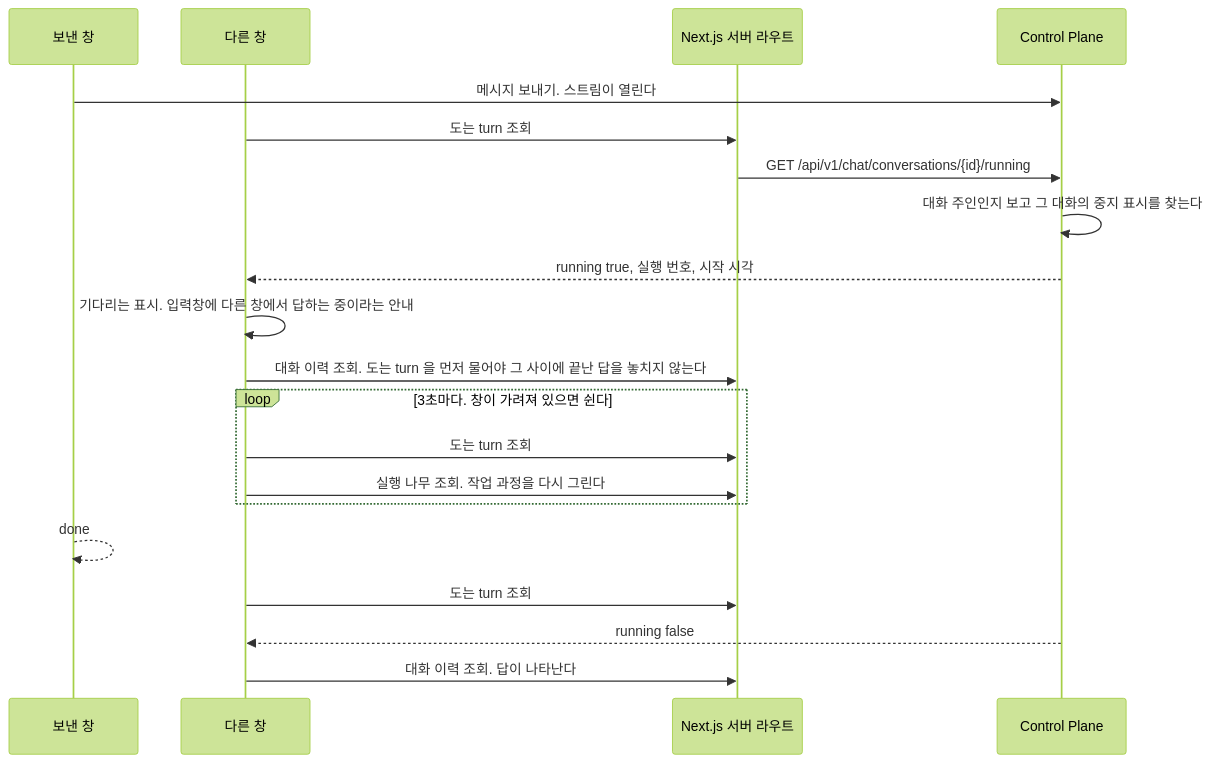
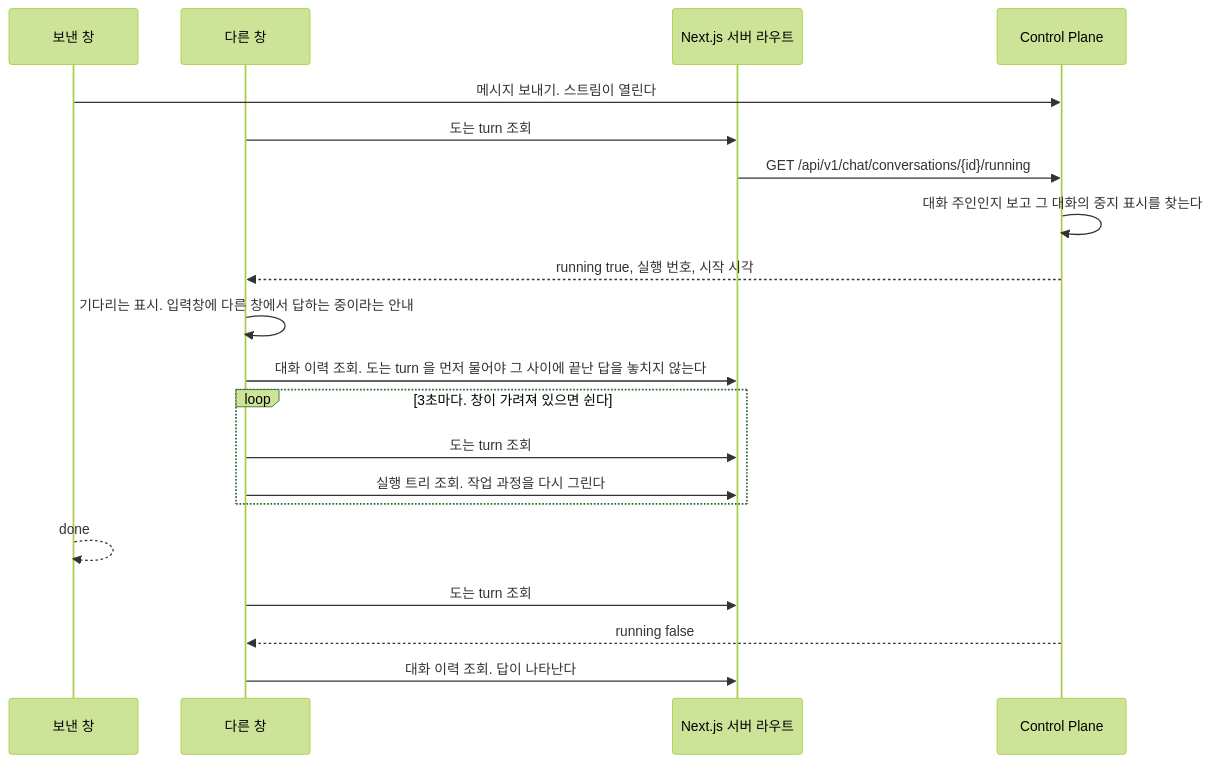
Before and after one commit to jon890/fos-assistant: the third of 5 diagrams in docs/frontend/chat.md, drawn with Mermaid (forest theme). The commit also changed other lines of this file and 37 other files, not shown here.

````diff
--- a/docs/frontend/chat.md
+++ b/docs/frontend/chat.md
@@ -151,23 +151,23 @@
 ```mermaid
 sequenceDiagram
     participant A as 보낸 창
     participant B as 다른 창
     participant W as Next.js 서버 라우트
     participant C as Control Plane
 
     A->>C: 메시지 보내기. 스트림이 열린다
     B->>W: 도는 turn 조회
     W->>C: GET /api/v1/chat/conversations/{id}/running
     C->>C: 대화 주인인지 보고 그 대화의 중지 표시를 찾는다
     C-->>B: running true, 실행 번호, 시작 시각
     B->>B: 기다리는 표시. 입력창에 다른 창에서 답하는 중이라는 안내
     B->>W: 대화 이력 조회. 도는 turn 을 먼저 물어야 그 사이에 끝난 답을 놓치지 않는다
     loop 3초마다. 창이 가려져 있으면 쉰다
         B->>W: 도는 turn 조회
-        B->>W: 실행 나무 조회. 작업 과정을 다시 그린다
+        B->>W: 실행 트리 조회. 작업 과정을 다시 그린다
     end
     A-->>A: done
     B->>W: 도는 turn 조회
     C-->>B: running false
     B->>W: 대화 이력 조회. 답이 나타난다
 ```
````
